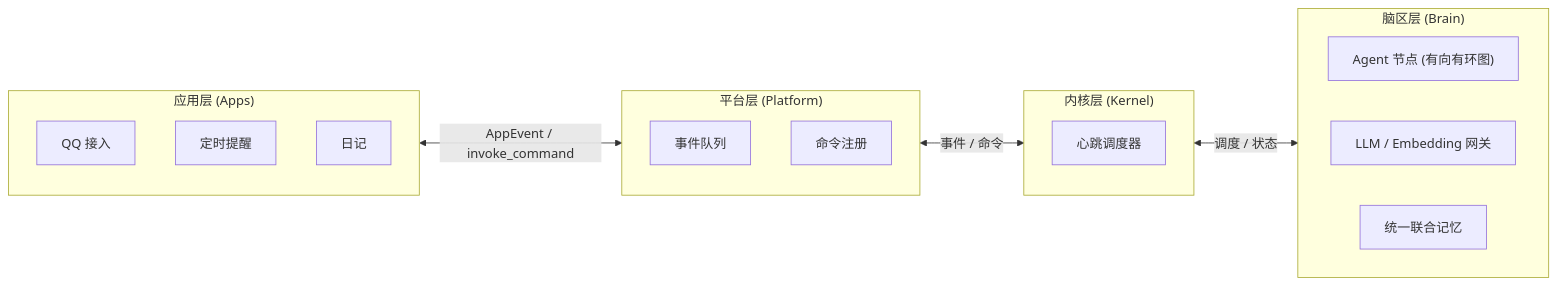
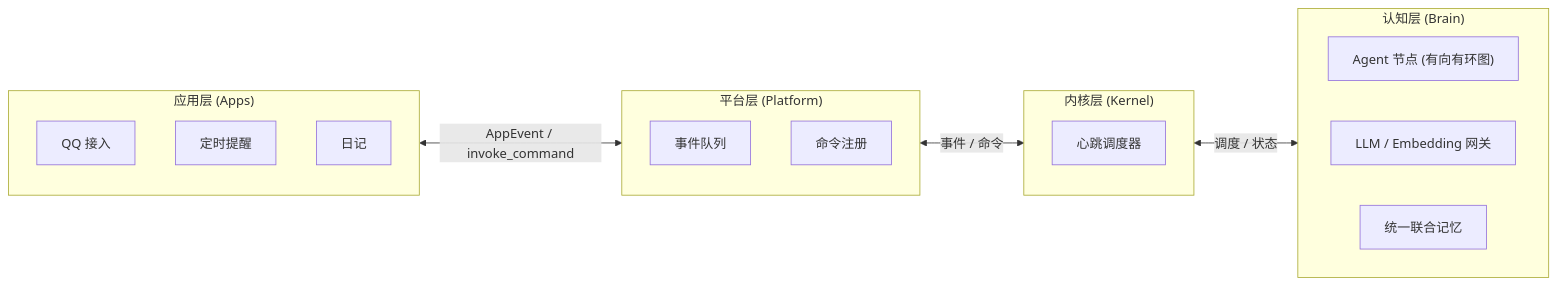
The diagram in README.md (JuFireX/AuroraBot), drawn with Mermaid before and after one commit. The commit also changed other lines of this file and 17 other files, not shown here.

````diff
--- a/README.md
+++ b/README.md
@@ -34,28 +34,28 @@
 ```mermaid
 flowchart LR
     subgraph APPS["应用层 (Apps)"]
         QQ["QQ 接入"]
         ALARM["定时提醒"]
         DIARY["日记"]
     end
 
     subgraph PLATFORM["平台层 (Platform)"]
         EVENTS["事件队列"]
         CMDS["命令注册"]
     end
 
     subgraph KERNEL["内核层 (Kernel)"]
         SCHEDULER["心跳调度器"]
     end
 
-    subgraph BRAIN["脑区层 (Brain)"]
+    subgraph BRAIN["认知层 (Brain)"]
         direction LR
         NODES["Agent 节点 (有向有环图)"]
         GATEWAY["LLM / Embedding 网关"]
         MEMORY["统一联合记忆"]
     end
 
     APPS <-->|"AppEvent / invoke_command"| PLATFORM
     PLATFORM <-->|"事件 / 命令"| KERNEL
     KERNEL <-->|"调度 / 状态"| BRAIN
 ```
````
